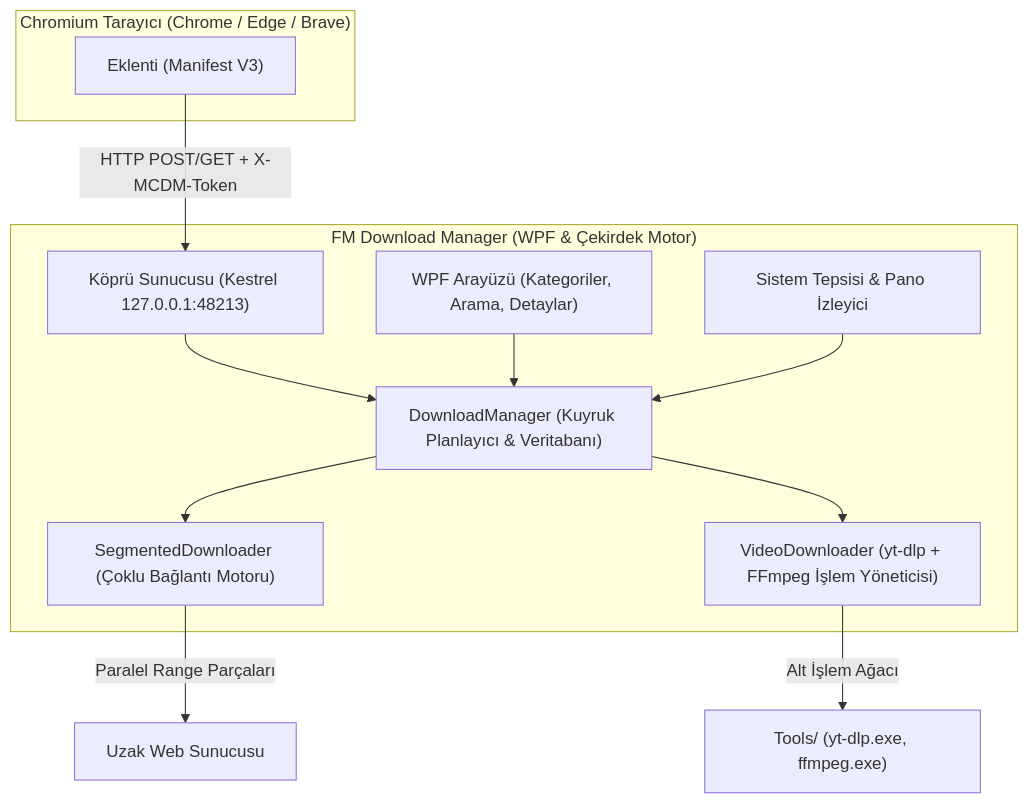
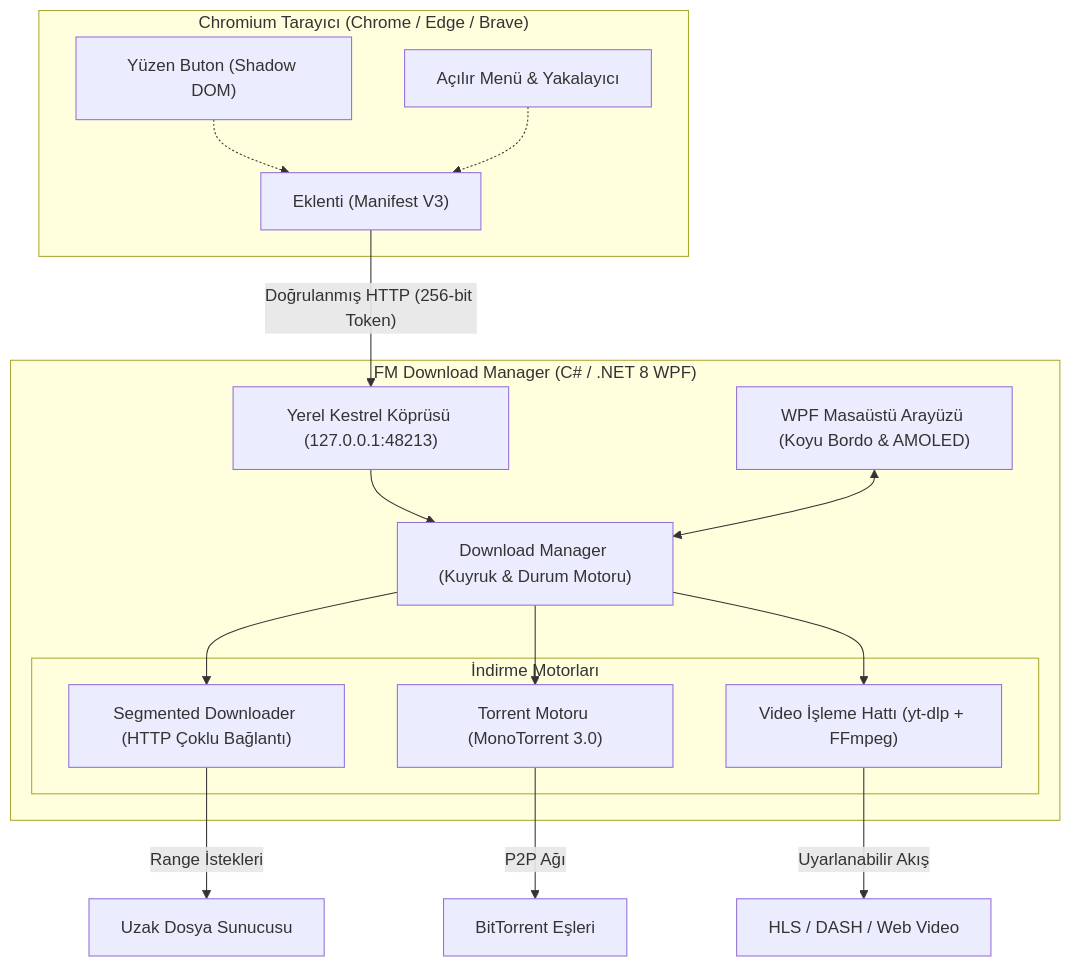
One commit to Ferdi-krbk/fm-download-manager changed the diagram in README.tr.md. Above: the diagram before and after it, drawn with Mermaid. The commit also changed other lines of this file and 4 other files, not shown here.

````diff
--- a/README.tr.md
+++ b/README.tr.md
@@ -100,24 +104,32 @@
 ```mermaid
 flowchart TD
     subgraph Browser["Chromium Tarayıcı (Chrome / Edge / Brave)"]
         EXT["Eklenti (Manifest V3)"]
+        BAR["Yüzen Buton (Shadow DOM)"]
+        POP["Açılır Menü & Yakalayıcı"]
     end
 
-    subgraph App["FM Download Manager (WPF & Çekirdek Motor)"]
-        UI["WPF Arayüzü (Kategoriler, Arama, Detaylar)"]
-        TRAY["Sistem Tepsisi & Pano İzleyici"]
-        SERVER["Köprü Sunucusu (Kestrel 127.0.0.1:48213)"]
-        MGR["DownloadManager (Kuyruk Planlayıcı & Veritabanı)"]
-        ENGINE["SegmentedDownloader (Çoklu Bağlantı Motoru)"]
-        VIDEO["VideoDownloader (yt-dlp + FFmpeg İşlem Yöneticisi)"]
+    subgraph Desktop["FM Download Manager (C# / .NET 8 WPF)"]
+        UI["WPF Masaüstü Arayüzü (Koyu Bordo & AMOLED)"]
+        BRIDGE["Yerel Kestrel Köprüsü (127.0.0.1:48213)"]
+        MGR["Download Manager (Kuyruk & Durum Motoru)"]
+        
+        subgraph Engines["İndirme Motorları"]
+            SEG["Segmented Downloader (HTTP Çoklu Bağlantı)"]
+            TOR["Torrent Motoru (MonoTorrent 3.0)"]
+            VID["Video İşleme Hattı (yt-dlp + FFmpeg)"]
+        end
     end
 
-    EXT -- "HTTP POST/GET + X-MCDM-Token" --> SERVER
-    SERVER --> MGR
-    UI --> MGR
-    TRAY --> MGR
-    MGR --> ENGINE
-    MGR --> VIDEO
-    ENGINE -- "Paralel Range Parçaları" --> Target["Uzak Web Sunucusu"]
-    VIDEO -- "Alt İşlem Ağacı" --> Tools["Tools/ (yt-dlp.exe, ffmpeg.exe)"]
+    EXT -- "Doğrulanmış HTTP (256-bit Token)" --> BRIDGE
+    BAR -.-> EXT
+    POP -.-> EXT
+    BRIDGE --> MGR
+    UI <--> MGR
+    MGR --> SEG
+    MGR --> TOR
+    MGR --> VID
+    SEG -- "Range İstekleri" --> WebServer["Uzak Dosya Sunucusu"]
+    TOR -- "P2P Ağı" --> P2P["BitTorrent Eşleri"]
+    VID -- "Uyarlanabilir Akış" --> MediaHost["HLS / DASH / Web Video"]
 ```
````
